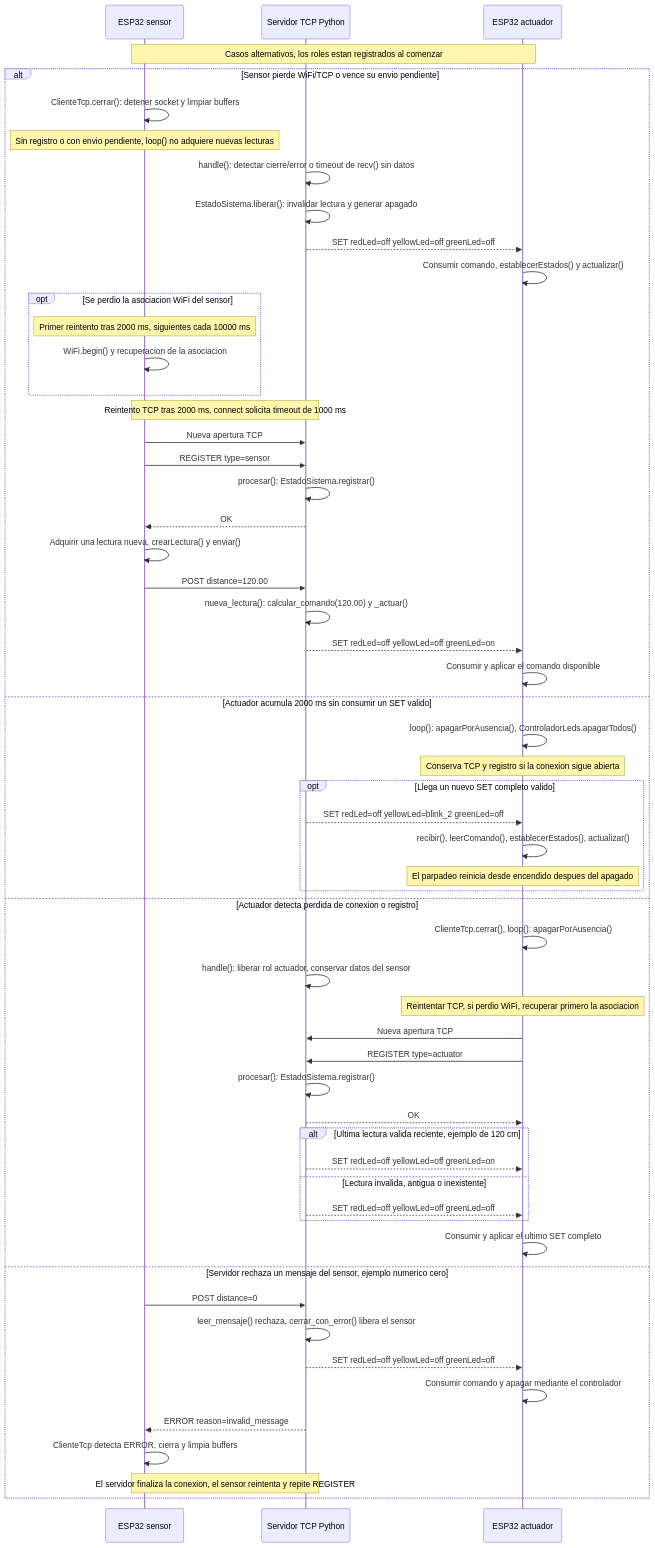
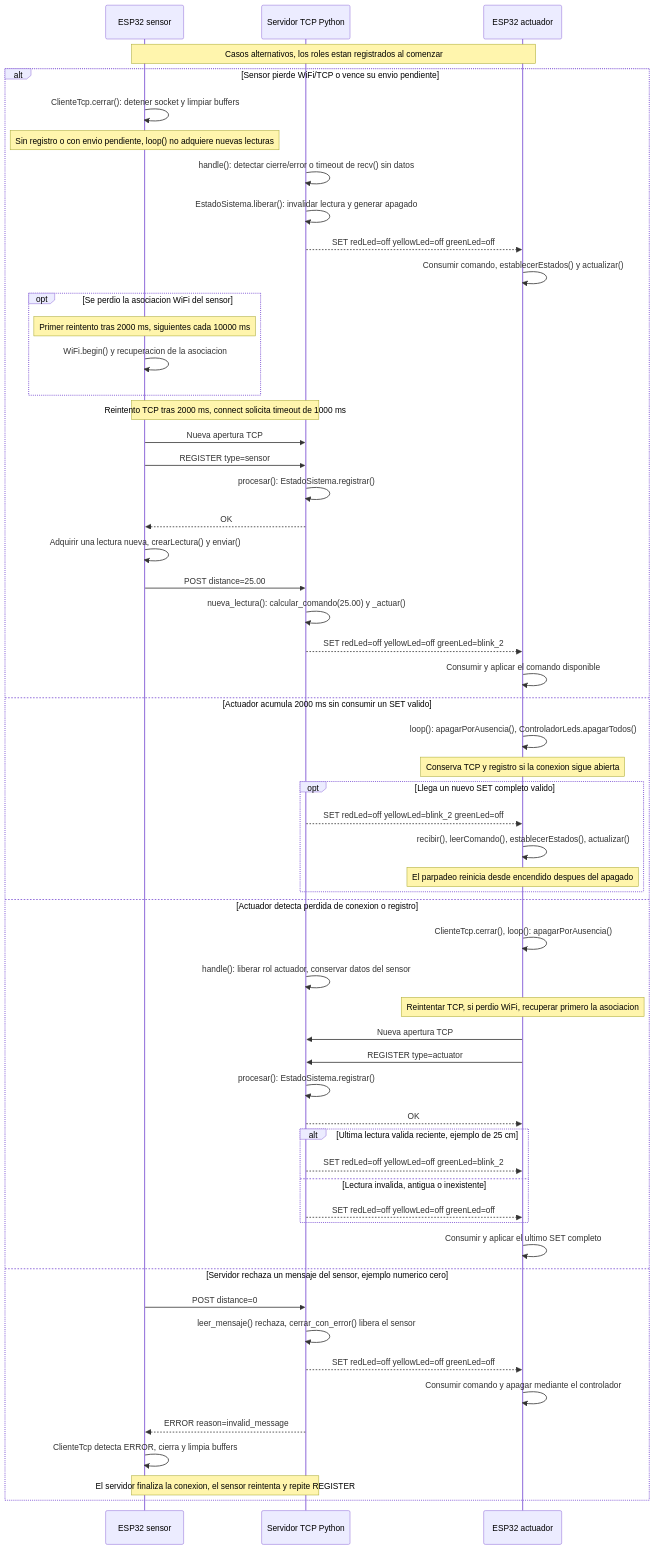
The fifth of 5 diagrams in INFORME.md (JustAdrianMercado/Integracion-de-Objetos-Inteligentes-con-TCP-IP), drawn with Mermaid before and after one commit. The commit also changed other lines of this file and 21 other files, not shown here.

````diff
--- a/INFORME.md
+++ b/INFORME.md
@@ -594,60 +599,60 @@
 ```mermaid
 sequenceDiagram
     participant S as ESP32 sensor
     participant PC as Servidor TCP Python
     participant A as ESP32 actuador
 
     Note over S,A: Casos alternativos, los roles estan registrados al comenzar
     alt Sensor pierde WiFi/TCP o vence su envio pendiente
         S->>S: ClienteTcp.cerrar(): detener socket y limpiar buffers
         Note over S: Sin registro o con envio pendiente, loop() no adquiere nuevas lecturas
         PC->>PC: handle(): detectar cierre/error o timeout de recv() sin datos
         PC->>PC: EstadoSistema.liberar(): invalidar lectura y generar apagado
         PC-->>A: SET redLed=off yellowLed=off greenLed=off
         A->>A: Consumir comando, establecerEstados() y actualizar()
         opt Se perdio la asociacion WiFi del sensor
             Note over S: Primer reintento tras 2000 ms, siguientes cada 10000 ms
             S->>S: WiFi.begin() y recuperacion de la asociacion
         end
         Note over S,PC: Reintento TCP tras 2000 ms, connect solicita timeout de 1000 ms
         S->>PC: Nueva apertura TCP
         S->>PC: REGISTER type=sensor
         PC->>PC: procesar(): EstadoSistema.registrar()
         PC-->>S: OK
         S->>S: Adquirir una lectura nueva, crearLectura() y enviar()
-        S->>PC: POST distance=120.00
-        PC->>PC: nueva_lectura(): calcular_comando(120.00) y _actuar()
-        PC-->>A: SET redLed=off yellowLed=off greenLed=on
+        S->>PC: POST distance=25.00
+        PC->>PC: nueva_lectura(): calcular_comando(25.00) y _actuar()
+        PC-->>A: SET redLed=off yellowLed=off greenLed=blink_2
         A->>A: Consumir y aplicar el comando disponible
     else Actuador acumula 2000 ms sin consumir un SET valido
         A->>A: loop(): apagarPorAusencia(), ControladorLeds.apagarTodos()
         Note over A: Conserva TCP y registro si la conexion sigue abierta
         opt Llega un nuevo SET completo valido
             PC-->>A: SET redLed=off yellowLed=blink_2 greenLed=off
             A->>A: recibir(), leerComando(), establecerEstados(), actualizar()
             Note over A: El parpadeo reinicia desde encendido despues del apagado
         end
     else Actuador detecta perdida de conexion o registro
         A->>A: ClienteTcp.cerrar(), loop(): apagarPorAusencia()
         PC->>PC: handle(): liberar rol actuador, conservar datos del sensor
         Note over A: Reintentar TCP, si perdio WiFi, recuperar primero la asociacion
         A->>PC: Nueva apertura TCP
         A->>PC: REGISTER type=actuator
         PC->>PC: procesar(): EstadoSistema.registrar()
         PC-->>A: OK
-        alt Ultima lectura valida reciente, ejemplo de 120 cm
-            PC-->>A: SET redLed=off yellowLed=off greenLed=on
+        alt Ultima lectura valida reciente, ejemplo de 25 cm
+            PC-->>A: SET redLed=off yellowLed=off greenLed=blink_2
         else Lectura invalida, antigua o inexistente
             PC-->>A: SET redLed=off yellowLed=off greenLed=off
         end
         A->>A: Consumir y aplicar el ultimo SET completo
     else Servidor rechaza un mensaje del sensor, ejemplo numerico cero
         S->>PC: POST distance=0
         PC->>PC: leer_mensaje() rechaza, cerrar_con_error() libera el sensor
         PC-->>A: SET redLed=off yellowLed=off greenLed=off
         A->>A: Consumir comando y apagar mediante el controlador
         PC-->>S: ERROR reason=invalid_message
         S->>S: ClienteTcp detecta ERROR, cierra y limpia buffers
         Note over S,PC: El servidor finaliza la conexion, el sensor reintenta y repite REGISTER
     end
 ```
````
